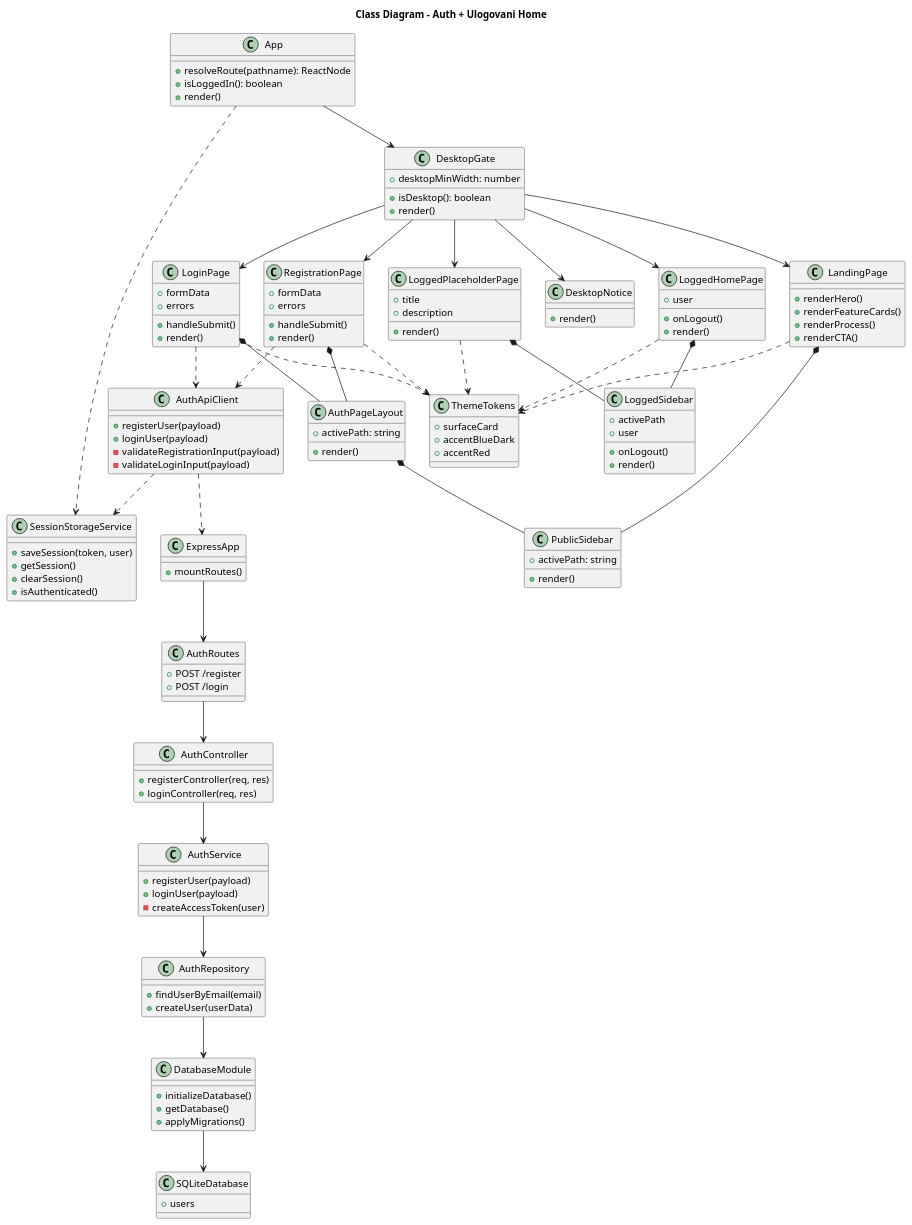
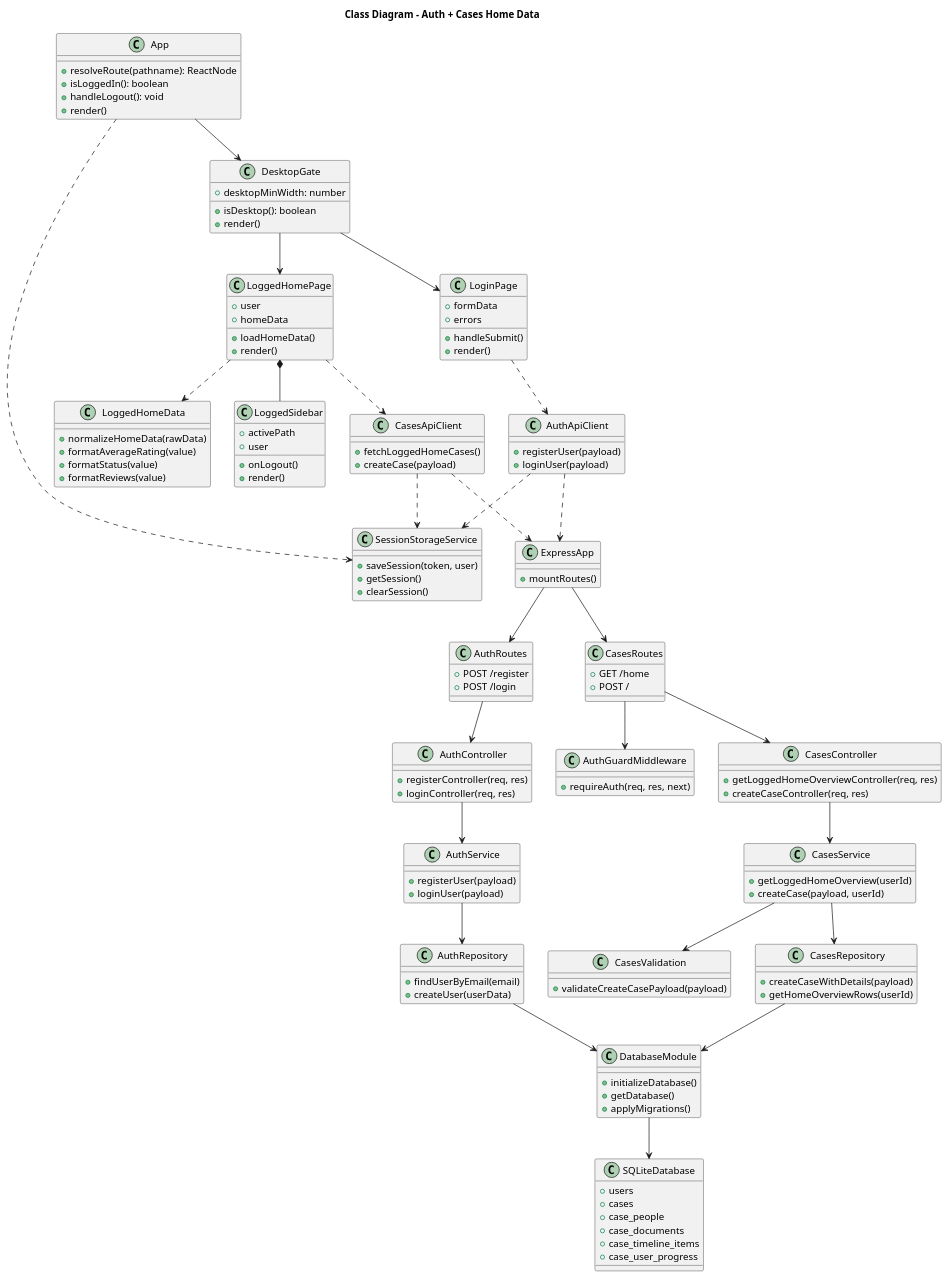
The diagram in Docs/architecture/class_diagram.puml (bagi002/INSPEKTOR), drawn with PlantUML before and after one commit. The commit also changed 25 other files, not shown here.

```diff
--- a/Docs/architecture/class_diagram.puml
+++ b/Docs/architecture/class_diagram.puml
@@ -1,158 +1,155 @@
 @startuml Class Diagram
-title Class Diagram - Auth + Ulogovani Home
+title Class Diagram - Auth + Cases Home Data
 
 class App {
   +resolveRoute(pathname): ReactNode
   +isLoggedIn(): boolean
+  +handleLogout(): void
   +render()
 }
 
 class DesktopGate {
   +desktopMinWidth: number
   +isDesktop(): boolean
-  +render()
-}
-
-class LandingPage {
-  +renderHero()
-  +renderFeatureCards()
-  +renderProcess()
-  +renderCTA()
-}
-
-class RegistrationPage {
-  +formData
-  +errors
-  +handleSubmit()
   +render()
 }
 
 class LoginPage {
   +formData
   +errors
   +handleSubmit()
   +render()
 }
 
-class AuthApiClient {
-  +registerUser(payload)
-  +loginUser(payload)
-  -validateRegistrationInput(payload)
-  -validateLoginInput(payload)
-}
-
-class AuthPageLayout {
-  +activePath: string
+class LoggedHomePage {
+  +user
+  +homeData
+  +loadHomeData()
   +render()
 }
 
-class PublicSidebar {
-  +activePath: string
-  +render()
-}
-
-class LoggedHomePage {
-  +user
-  +onLogout()
-  +render()
+class LoggedHomeData {
+  +normalizeHomeData(rawData)
+  +formatAverageRating(value)
+  +formatStatus(value)
+  +formatReviews(value)
 }
 
 class LoggedSidebar {
   +activePath
   +user
   +onLogout()
   +render()
 }
 
-class LoggedPlaceholderPage {
-  +title
-  +description
-  +render()
+class AuthApiClient {
+  +registerUser(payload)
+  +loginUser(payload)
+}
+
+class CasesApiClient {
+  +fetchLoggedHomeCases()
+  +createCase(payload)
 }
 
 class SessionStorageService {
   +saveSession(token, user)
   +getSession()
   +clearSession()
-  +isAuthenticated()
 }
 
 class ExpressApp {
   +mountRoutes()
 }
 
 class AuthRoutes {
   +POST /register
   +POST /login
 }
 
+class CasesRoutes {
+  +GET /home
+  +POST /
+}
+
+class AuthGuardMiddleware {
+  +requireAuth(req, res, next)
+}
+
 class AuthController {
   +registerController(req, res)
   +loginController(req, res)
 }
 
+class CasesController {
+  +getLoggedHomeOverviewController(req, res)
+  +createCaseController(req, res)
+}
+
 class AuthService {
   +registerUser(payload)
   +loginUser(payload)
-  -createAccessToken(user)
+}
+
+class CasesService {
+  +getLoggedHomeOverview(userId)
+  +createCase(payload, userId)
+}
+
+class CasesValidation {
+  +validateCreateCasePayload(payload)
 }
 
 class AuthRepository {
   +findUserByEmail(email)
   +createUser(userData)
+}
+
+class CasesRepository {
+  +createCaseWithDetails(payload)
+  +getHomeOverviewRows(userId)
 }
 
 class DatabaseModule {
   +initializeDatabase()
   +getDatabase()
   +applyMigrations()
 }
 
 class SQLiteDatabase {
   +users
-}
-
-class DesktopNotice {
-  +render()
-}
-
-class ThemeTokens {
-  +surfaceCard
-  +accentBlueDark
-  +accentRed
+  +cases
+  +case_people
+  +case_documents
+  +case_timeline_items
+  +case_user_progress
 }
 
 App --> DesktopGate
-DesktopGate --> LandingPage
-DesktopGate --> RegistrationPage
 DesktopGate --> LoginPage
 DesktopGate --> LoggedHomePage
-DesktopGate --> LoggedPlaceholderPage
-DesktopGate --> DesktopNotice
+LoggedHomePage *-- LoggedSidebar
+LoggedHomePage ..> LoggedHomeData
 
-LandingPage *-- PublicSidebar
-RegistrationPage *-- AuthPageLayout
-LoginPage *-- AuthPageLayout
-AuthPageLayout *-- PublicSidebar
-LoggedHomePage *-- LoggedSidebar
-LoggedPlaceholderPage *-- LoggedSidebar
-
-RegistrationPage ..> AuthApiClient
+App ..> SessionStorageService
 LoginPage ..> AuthApiClient
-App ..> SessionStorageService
+LoggedHomePage ..> CasesApiClient
 AuthApiClient ..> SessionStorageService
-
-LandingPage ..> ThemeTokens
-RegistrationPage ..> ThemeTokens
-LoginPage ..> ThemeTokens
-LoggedHomePage ..> ThemeTokens
-LoggedPlaceholderPage ..> ThemeTokens
+CasesApiClient ..> SessionStorageService
 
 AuthApiClient ..> ExpressApp
+CasesApiClient ..> ExpressApp
 ExpressApp --> AuthRoutes
+ExpressApp --> CasesRoutes
+CasesRoutes --> AuthGuardMiddleware
 AuthRoutes --> AuthController
+CasesRoutes --> CasesController
 AuthController --> AuthService
+CasesController --> CasesService
+CasesService --> CasesValidation
 AuthService --> AuthRepository
+CasesService --> CasesRepository
 AuthRepository --> DatabaseModule
+CasesRepository --> DatabaseModule
 DatabaseModule --> SQLiteDatabase
 @enduml
```
